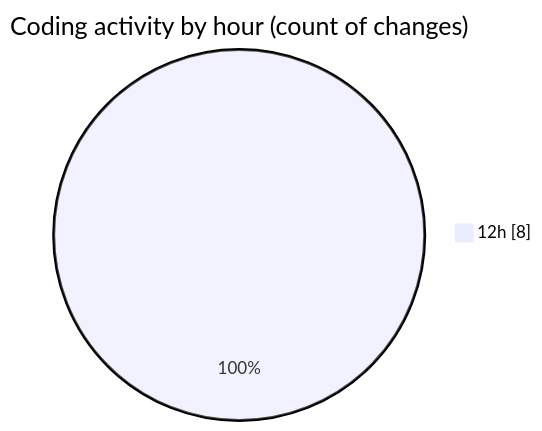
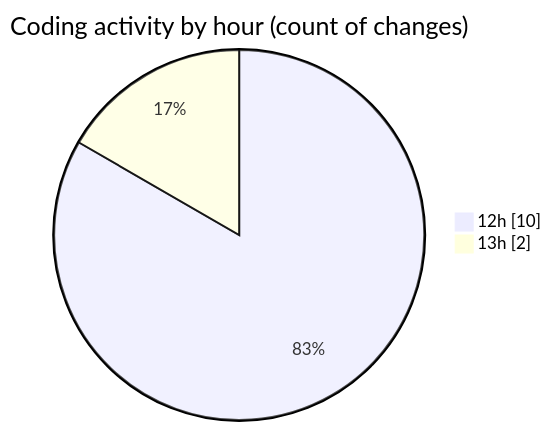
The second of 2 diagrams in 2025-05-15/argos-dev/README.md (nxtqubesakshisongat/code-tracking), drawn with Mermaid before and after one commit. The commit also changed other lines of this file and 1 other file, not shown here.

````diff
--- a/2025-05-15/argos-dev/README.md
+++ b/2025-05-15/argos-dev/README.md
@@ -28,5 +29,6 @@
 ```mermaid
 pie showData
 title Coding activity by hour (count of changes)
-"12h" : 8
+"12h" : 10
+"13h" : 2
 ```
````
